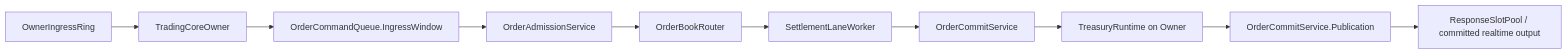
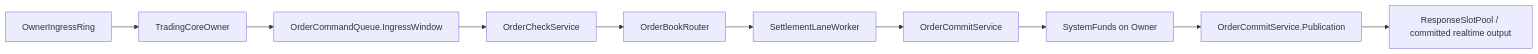
The second of 15 diagrams in README.md (lilaizhencn/surprising-ex), drawn with Mermaid before and after one commit. The commit also changed other lines of this file and 329 other files, not shown here.

````diff
--- a/README.md
+++ b/README.md
@@ -82,12 +82,12 @@
 ```mermaid
 flowchart LR
     Ingress[OwnerIngressRing] --> Owner[TradingCoreOwner]
     Owner --> Window[OrderCommandQueue.IngressWindow]
-    Window --> Admission[OrderAdmissionService]
+    Window --> Admission[OrderCheckService]
     Admission --> Matcher[OrderBookRouter]
     Matcher --> Settlement[SettlementLaneWorker]
     Settlement --> Commit[OrderCommitService]
-    Commit --> Treasury[TreasuryRuntime on Owner]
+    Commit --> Treasury[SystemFunds on Owner]
     Treasury --> Publish[OrderCommitService.Publication]
     Publish --> Response[ResponseSlotPool / committed realtime output]
 ```
````
